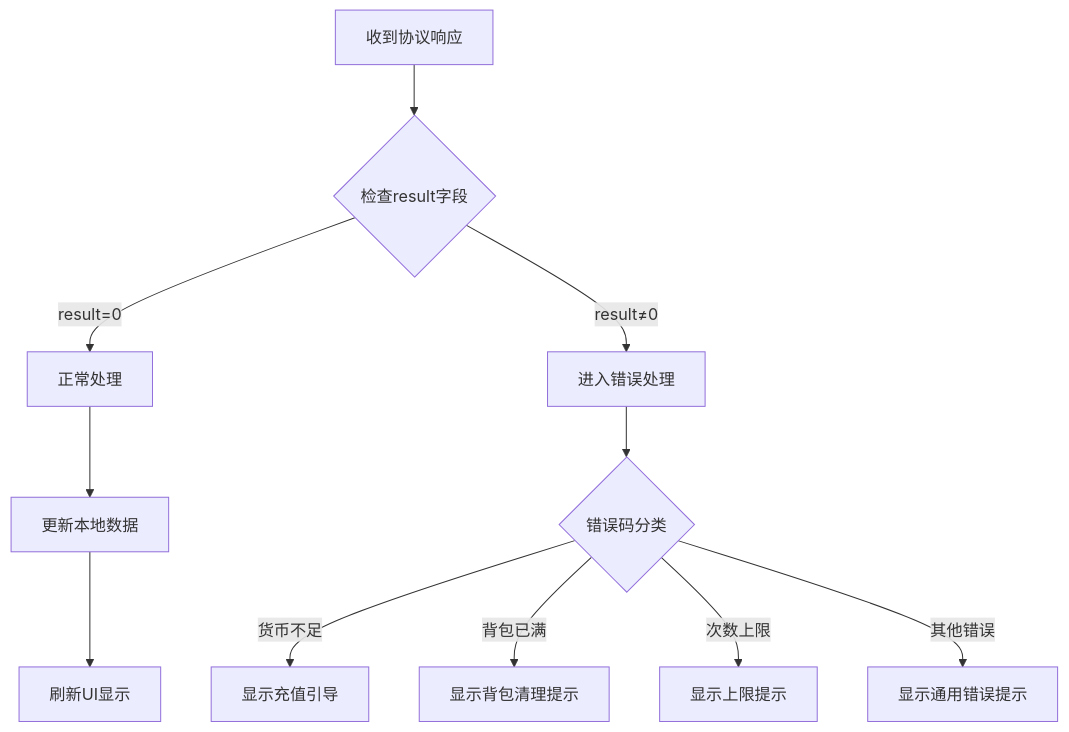
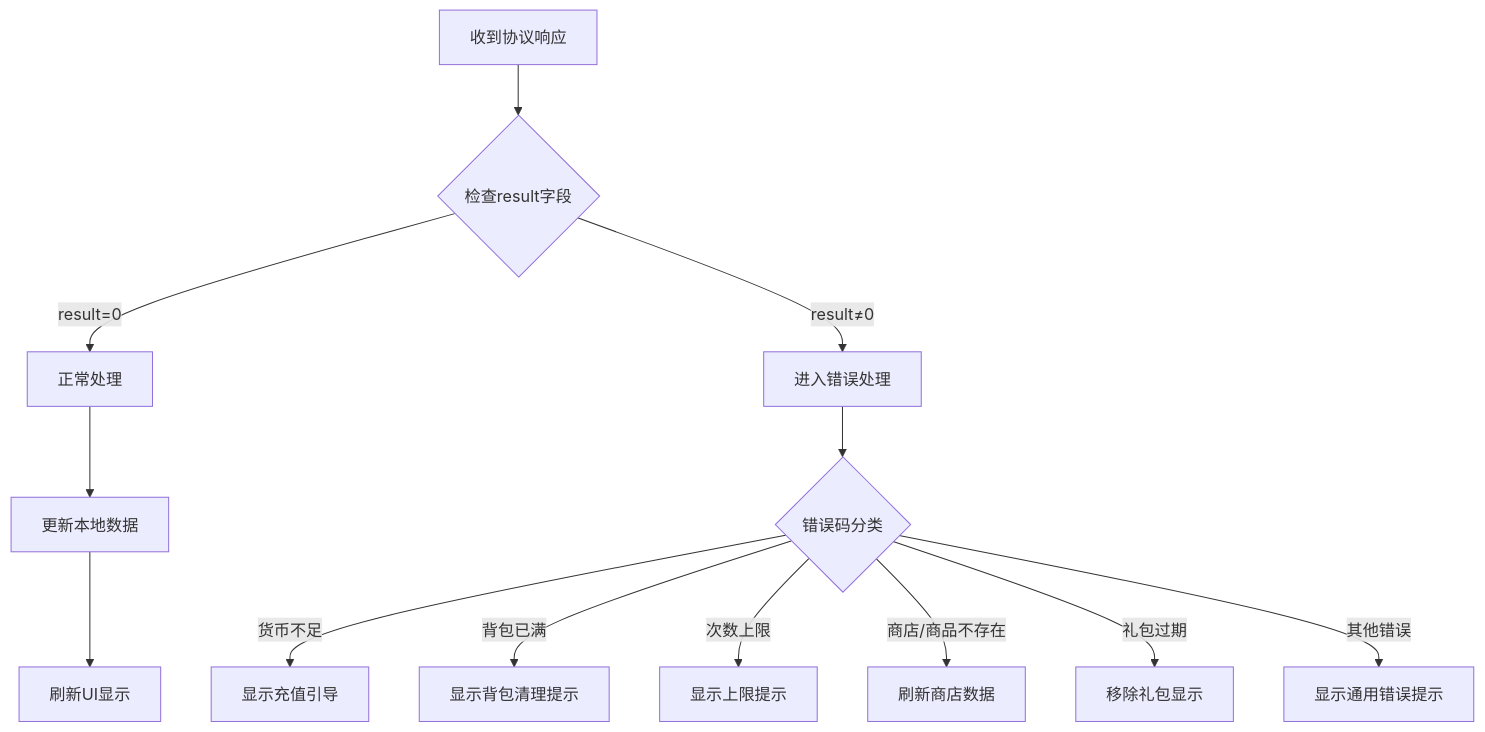
Before and after one commit to Alan-Ben/k2c_game_framework: the ninth of 14 diagrams in docs/Module_Shop/02_协议文档.md, drawn with Mermaid. The commit also changed other lines of this file and 4 other files, not shown here.

````diff
--- a/docs/Module_Shop/02_协议文档.md
+++ b/docs/Module_Shop/02_协议文档.md
@@ -460,15 +797,17 @@
 ```mermaid
 flowchart TD
     A[收到协议响应] --> B{检查result字段}
     B -->|result=0| C[正常处理]
     B -->|result≠0| D[进入错误处理]
 
     D --> E{错误码分类}
     E -->|货币不足| F[显示充值引导]
     E -->|背包已满| G[显示背包清理提示]
     E -->|次数上限| H[显示上限提示]
-    E -->|其他错误| I[显示通用错误提示]
+    E -->|商店/商品不存在| I[刷新商店数据]
+    E -->|礼包过期| J[移除礼包显示]
+    E -->|其他错误| K[显示通用错误提示]
 
-    C --> J[更新本地数据]
-    J --> K[刷新UI显示]
+    C --> L[更新本地数据]
+    L --> M[刷新UI显示]
 ```
````
